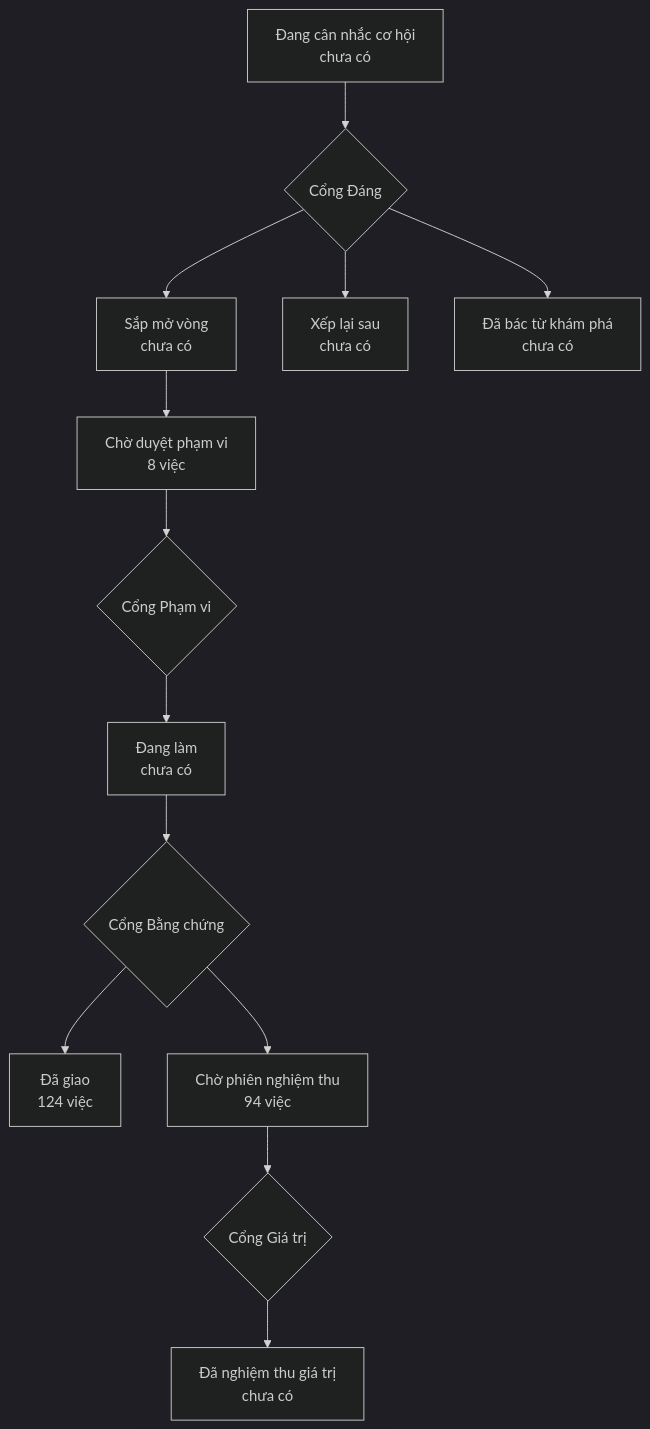
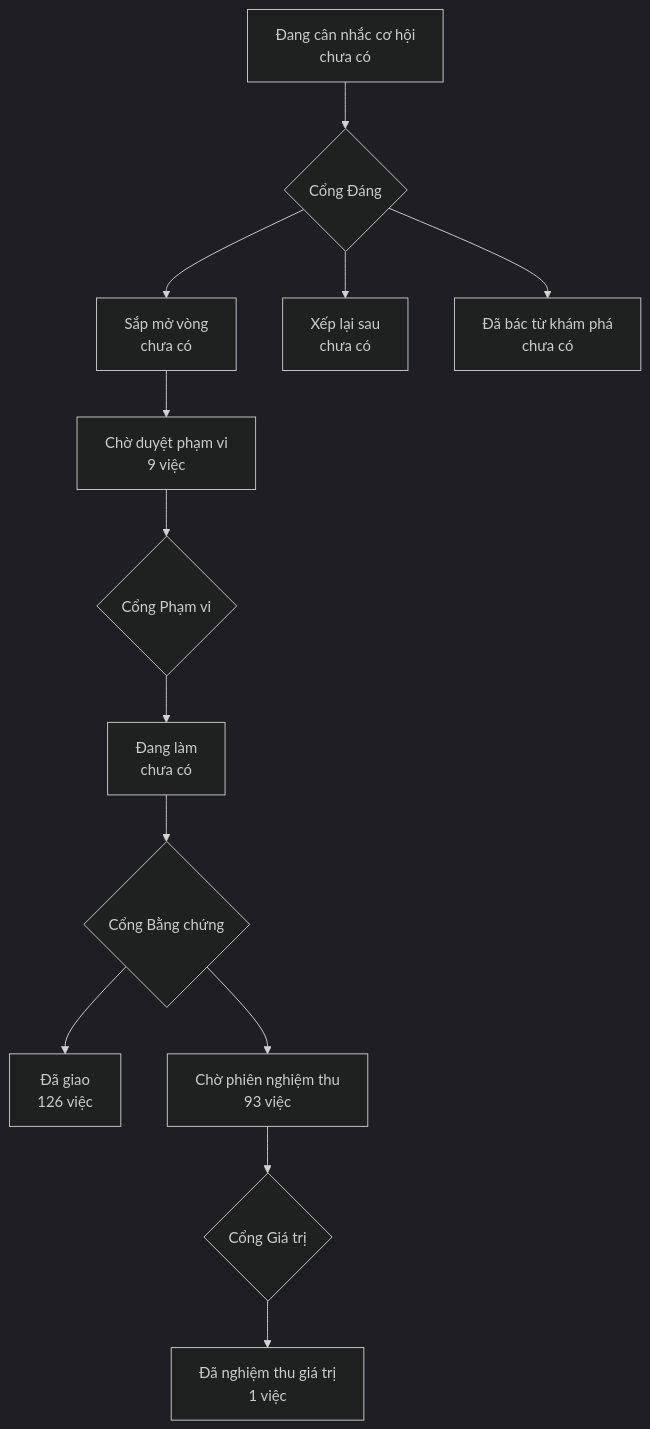
The diagram in PRODUCT-MAP.md (phanlemanh/onehub-invest), drawn with Mermaid (dark theme) before and after one commit. The commit also changed other lines of this file and 1 other file, not shown here.

Commit message:
docs(sdt-s06-ghep-tai-khoan): vẽ lại bản đồ sau ghim lại

````diff
--- a/PRODUCT-MAP.md
+++ b/PRODUCT-MAP.md
@@ -7,12 +7,12 @@
 ```mermaid
 flowchart TD
   A["Đang cân nhắc cơ hội<br/>chưa có"] --> GD{"Cổng Đáng"}
   GD --> B["Sắp mở vòng<br/>chưa có"]
   GD --> XL["Xếp lại sau<br/>chưa có"]
   GD --> DB["Đã bác từ khám phá<br/>chưa có"]
-  B --> CD["Chờ duyệt phạm vi<br/>8 việc"] --> GP{"Cổng Phạm vi"}
+  B --> CD["Chờ duyệt phạm vi<br/>9 việc"] --> GP{"Cổng Phạm vi"}
   GP --> DL["Đang làm<br/>chưa có"] --> GB{"Cổng Bằng chứng"}
-  GB --> DG["Đã giao<br/>124 việc"]
-  GB --> CN["Chờ phiên nghiệm thu<br/>94 việc"] --> GG{"Cổng Giá trị"}
-  GG --> NT["Đã nghiệm thu giá trị<br/>chưa có"]
+  GB --> DG["Đã giao<br/>126 việc"]
+  GB --> CN["Chờ phiên nghiệm thu<br/>93 việc"] --> GG{"Cổng Giá trị"}
+  GG --> NT["Đã nghiệm thu giá trị<br/>1 việc"]
 ```
````
